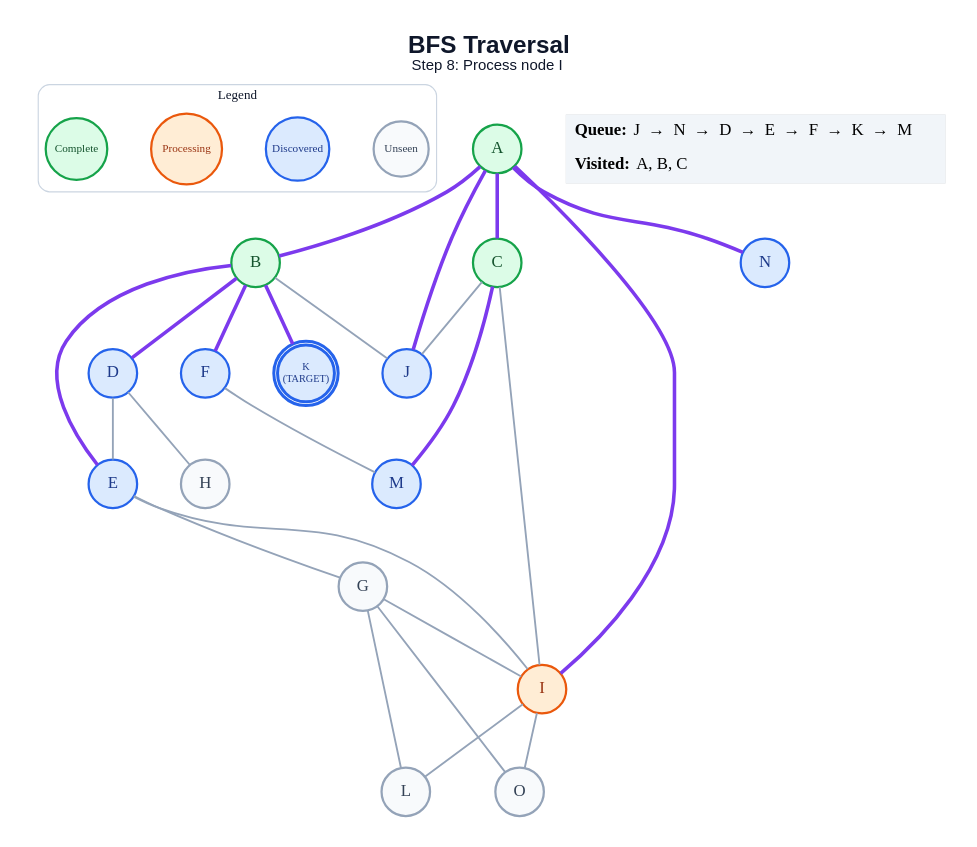
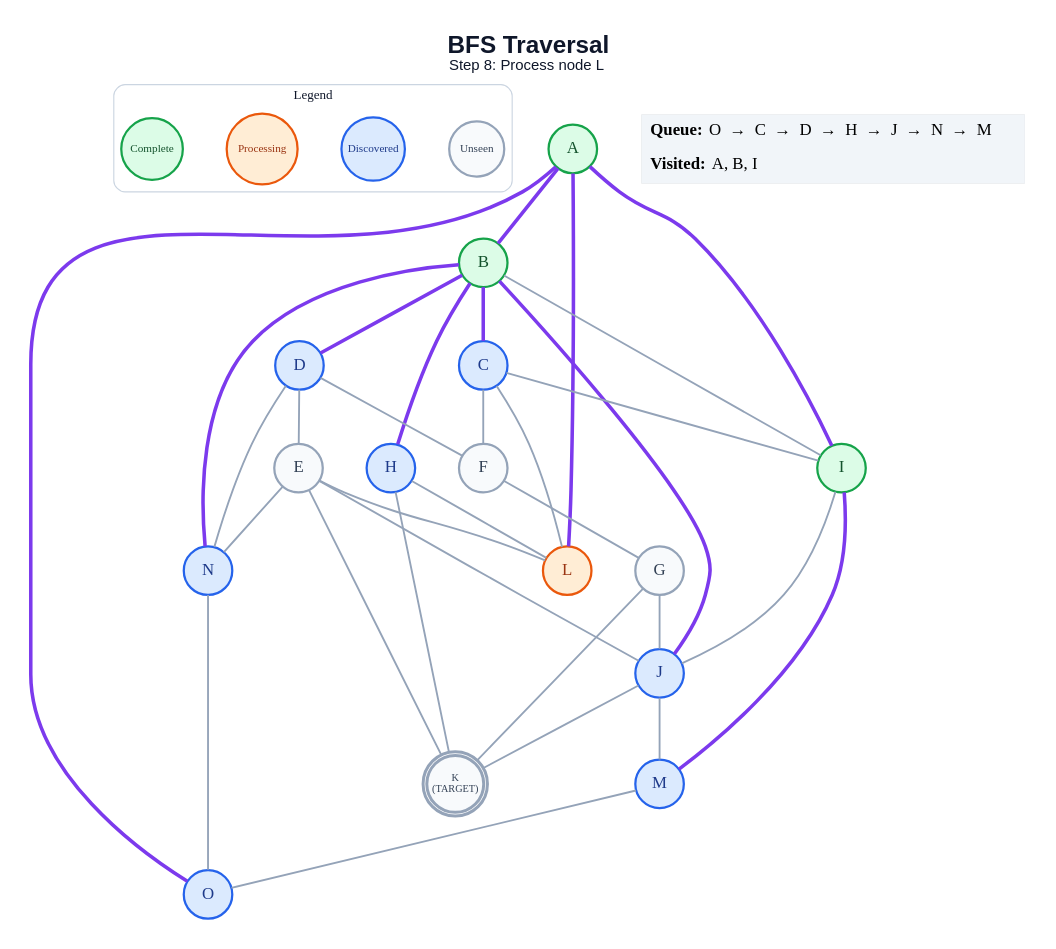
Before and after one commit to anon7238593-create/ai-slop: the diagram in generated/specific-node/bfs/step_08.dot, drawn with Graphviz. The commit also changed 277 other files, not shown here.

```diff
--- a/generated/specific-node/bfs/step_08.dot
+++ b/generated/specific-node/bfs/step_08.dot
@@ -1,57 +1,65 @@
 graph traversal {
   graph [layout=dot, rankdir=TB, bgcolor="#FFFFFF", pad="0.35", nodesep="0.65", ranksep="0.8", fontname="Arial"];
   node [shape=circle, style="filled", fontname="Arial Bold", fontsize=18, width=0.72, fixedsize=true, penwidth=2.4];
   edge [color="#94A3B8", penwidth=2.0];
-  label=<<B>BFS Traversal</B><BR/><FONT POINT-SIZE="16">Step 8: Process node I</FONT>>; labelloc="t"; fontsize=26; fontname="Arial"; fontcolor="#0F172A";
+  label=<<B>BFS Traversal</B><BR/><FONT POINT-SIZE="16">Step 8: Process node L</FONT>>; labelloc="t"; fontsize=26; fontname="Arial"; fontcolor="#0F172A";
   subgraph cluster_legend { label="Legend"; color="#CBD5E1"; penwidth=1.2; style="rounded"; fontsize=14; fontname="Arial Bold";
     key_unseen [label="Unseen", fillcolor="#F8FAFC", color="#94A3B8", fontcolor="#334155", fontsize=12, width=0.82];
     key_frontier [label="Discovered", fillcolor="#DBEAFE", color="#2563EB", fontcolor="#1E3A8A", fontsize=12, width=0.95];
     key_current [label="Processing", fillcolor="#FFEDD5", color="#EA580C", fontcolor="#9A3412", fontsize=12, width=1.05];
     key_done [label="Complete", fillcolor="#DCFCE7", color="#16A34A", fontcolor="#14532D", fontsize=12, width=0.92];
     { rank=same; key_unseen; key_frontier; key_current; key_done; }
   }
   A [label="A", fillcolor="#DCFCE7", color="#16A34A", fontcolor="#14532D", peripheries=1, penwidth=2.4];
   B [label="B", fillcolor="#DCFCE7", color="#16A34A", fontcolor="#14532D", peripheries=1, penwidth=2.4];
-  C [label="C", fillcolor="#DCFCE7", color="#16A34A", fontcolor="#14532D", peripheries=1, penwidth=2.4];
+  C [label="C", fillcolor="#DBEAFE", color="#2563EB", fontcolor="#1E3A8A", peripheries=1, penwidth=2.4];
   D [label="D", fillcolor="#DBEAFE", color="#2563EB", fontcolor="#1E3A8A", peripheries=1, penwidth=2.4];
-  E [label="E", fillcolor="#DBEAFE", color="#2563EB", fontcolor="#1E3A8A", peripheries=1, penwidth=2.4];
-  F [label="F", fillcolor="#DBEAFE", color="#2563EB", fontcolor="#1E3A8A", peripheries=1, penwidth=2.4];
+  E [label="E", fillcolor="#F8FAFC", color="#94A3B8", fontcolor="#334155", peripheries=1, penwidth=2.4];
+  F [label="F", fillcolor="#F8FAFC", color="#94A3B8", fontcolor="#334155", peripheries=1, penwidth=2.4];
   G [label="G", fillcolor="#F8FAFC", color="#94A3B8", fontcolor="#334155", peripheries=1, penwidth=2.4];
-  H [label="H", fillcolor="#F8FAFC", color="#94A3B8", fontcolor="#334155", peripheries=1, penwidth=2.4];
-  I [label="I", fillcolor="#FFEDD5", color="#EA580C", fontcolor="#9A3412", peripheries=1, penwidth=2.4];
+  H [label="H", fillcolor="#DBEAFE", color="#2563EB", fontcolor="#1E3A8A", peripheries=1, penwidth=2.4];
+  I [label="I", fillcolor="#DCFCE7", color="#16A34A", fontcolor="#14532D", peripheries=1, penwidth=2.4];
   J [label="J", fillcolor="#DBEAFE", color="#2563EB", fontcolor="#1E3A8A", peripheries=1, penwidth=2.4];
-  K [label="K\n(TARGET)", fillcolor="#DBEAFE", color="#2563EB", fontcolor="#1E3A8A", peripheries=2, penwidth=3.2, fontsize=11, width=0.85, height=0.85];
-  L [label="L", fillcolor="#F8FAFC", color="#94A3B8", fontcolor="#334155", peripheries=1, penwidth=2.4];
+  K [label="K\n(TARGET)", fillcolor="#F8FAFC", color="#94A3B8", fontcolor="#334155", peripheries=2, penwidth=3.2, fontsize=11, width=0.85, height=0.85];
+  L [label="L", fillcolor="#FFEDD5", color="#EA580C", fontcolor="#9A3412", peripheries=1, penwidth=2.4];
   M [label="M", fillcolor="#DBEAFE", color="#2563EB", fontcolor="#1E3A8A", peripheries=1, penwidth=2.4];
   N [label="N", fillcolor="#DBEAFE", color="#2563EB", fontcolor="#1E3A8A", peripheries=1, penwidth=2.4];
-  O [label="O", fillcolor="#F8FAFC", color="#94A3B8", fontcolor="#334155", peripheries=1, penwidth=2.4];
+  O [label="O", fillcolor="#DBEAFE", color="#2563EB", fontcolor="#1E3A8A", peripheries=1, penwidth=2.4];
   A -- B [color="#7C3AED", penwidth=3.8];
-  A -- C [color="#7C3AED", penwidth=3.8];
   A -- I [color="#7C3AED", penwidth=3.8];
-  A -- J [color="#7C3AED", penwidth=3.8];
-  A -- N [color="#7C3AED", penwidth=3.8];
+  A -- L [color="#7C3AED", penwidth=3.8];
+  A -- O [color="#7C3AED", penwidth=3.8];
+  B -- C [color="#7C3AED", penwidth=3.8];
   B -- D [color="#7C3AED", penwidth=3.8];
-  B -- E [color="#7C3AED", penwidth=3.8];
-  B -- F [color="#7C3AED", penwidth=3.8];
-  B -- J;
-  B -- K [color="#7C3AED", penwidth=3.8];
+  B -- H [color="#7C3AED", penwidth=3.8];
+  B -- I;
+  B -- J [color="#7C3AED", penwidth=3.8];
+  B -- N [color="#7C3AED", penwidth=3.8];
+  C -- F;
   C -- I;
-  C -- J;
-  C -- M [color="#7C3AED", penwidth=3.8];
+  C -- L;
   D -- E;
-  D -- H;
-  E -- G;
-  E -- I;
-  F -- M;
-  G -- I;
-  G -- L;
-  G -- O;
-  I -- L;
-  I -- O;
+  D -- F;
+  D -- N;
+  E -- J;
+  E -- K;
+  E -- L;
+  E -- N;
+  F -- G;
+  G -- J;
+  G -- K;
+  H -- K;
+  H -- L;
+  I -- J;
+  I -- M [color="#7C3AED", penwidth=3.8];
+  J -- K;
+  J -- M;
+  M -- O;
+  N -- O;
   status [shape=plain, fixedsize=false, width=0, height=0, margin=0, label=<
     <TABLE BORDER="0" CELLBORDER="0" CELLPADDING="7" BGCOLOR="#F1F5F9">
-      <TR><TD ALIGN="LEFT"><B>Queue:</B> J  →  N  →  D  →  E  →  F  →  K  →  M</TD></TR>
-      <TR><TD ALIGN="LEFT"><B>Visited:</B> A, B, C</TD></TR>
+      <TR><TD ALIGN="LEFT"><B>Queue:</B> O  →  C  →  D  →  H  →  J  →  N  →  M</TD></TR>
+      <TR><TD ALIGN="LEFT"><B>Visited:</B> A, B, I</TD></TR>
     </TABLE>
   >];
 }
```
